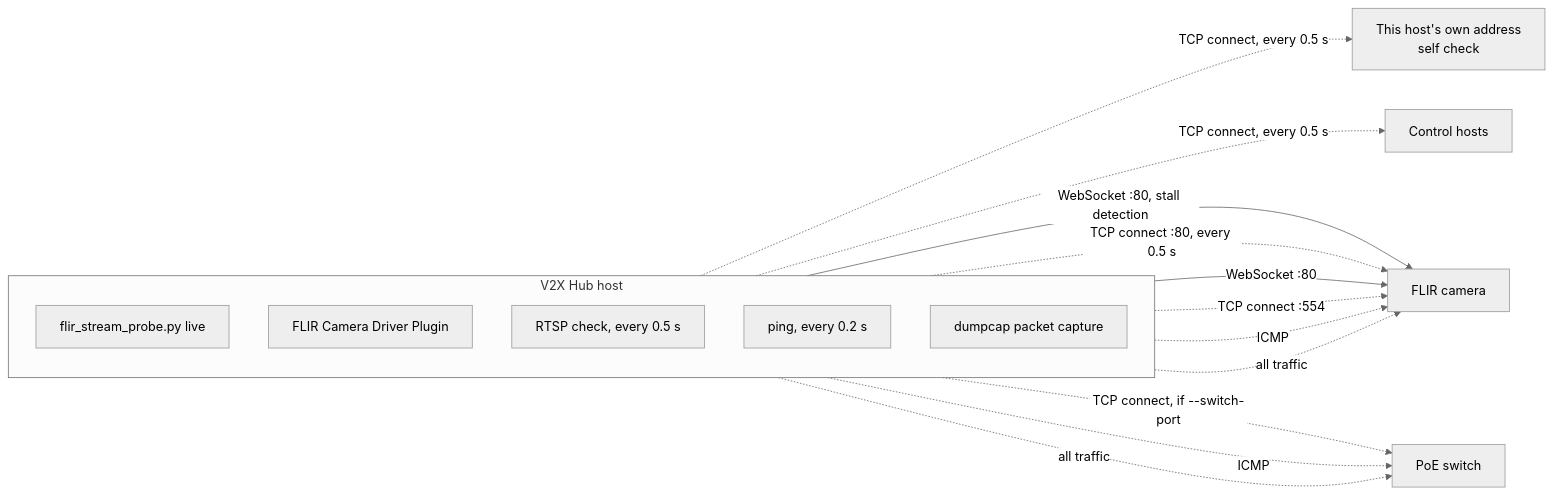
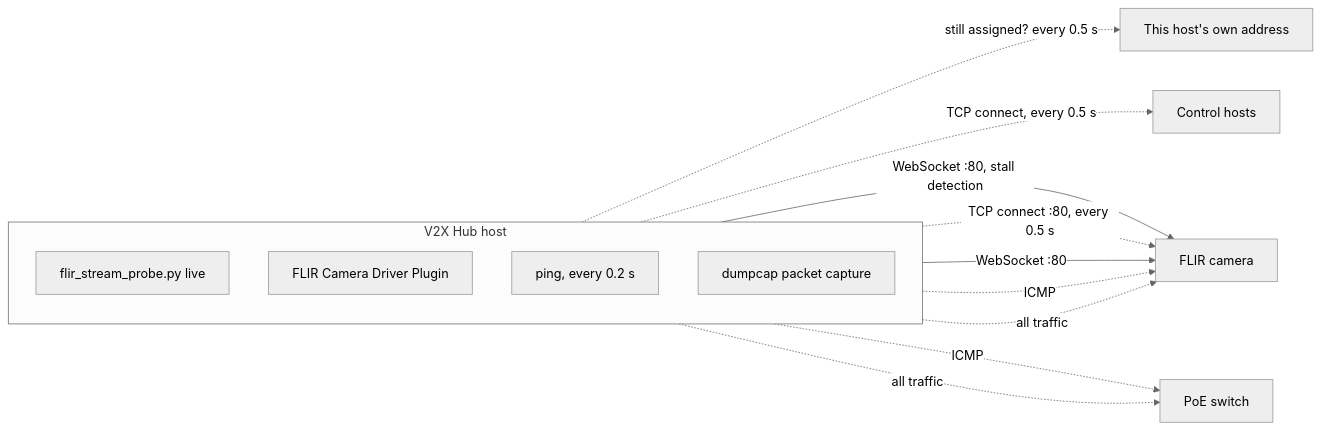
Before and after one commit to usdot-fhwa-OPS/V2X-Hub: the second of 3 diagrams in src/v2i-hub/FLIRCameraDriverPlugin/scripts/README.md, drawn with Mermaid (neutral theme). The commit also changed other lines of this file and 4 other files, not shown here.

````diff
--- a/src/v2i-hub/FLIRCameraDriverPlugin/scripts/README.md
+++ b/src/v2i-hub/FLIRCameraDriverPlugin/scripts/README.md
@@ -27,27 +27,24 @@
 ```mermaid
 flowchart LR
     subgraph host["V2X Hub host"]
         direction TB
         probe["flir_stream_probe.py live"]
         plugin["FLIR Camera Driver Plugin"]
-        rtsp["RTSP check, every 0.5 s"]
         ping["ping, every 0.2 s"]
         cap["dumpcap packet capture"]
     end
-    self["This host's own address<br/>self check"]
+    self["This host's own address"]
     control["Control hosts"]
     camera["FLIR camera"]
     switch["PoE switch"]
 
-    probe -. "TCP connect, every 0.5 s" .-> self
+    probe -. "still assigned? every 0.5 s" .-> self
     probe -. "TCP connect, every 0.5 s" .-> control
     probe -- "WebSocket :80, stall detection" --> camera
     probe -. "TCP connect :80, every 0.5 s" .-> camera
-    probe -. "TCP connect, if --switch-port" .-> switch
     plugin -- "WebSocket :80" --> camera
-    rtsp -. "TCP connect :554" .-> camera
     ping -. "ICMP" .-> camera
     ping -. "ICMP" .-> switch
     cap -. "all traffic" .-> camera
     cap -. "all traffic" .-> switch
 ```
````
